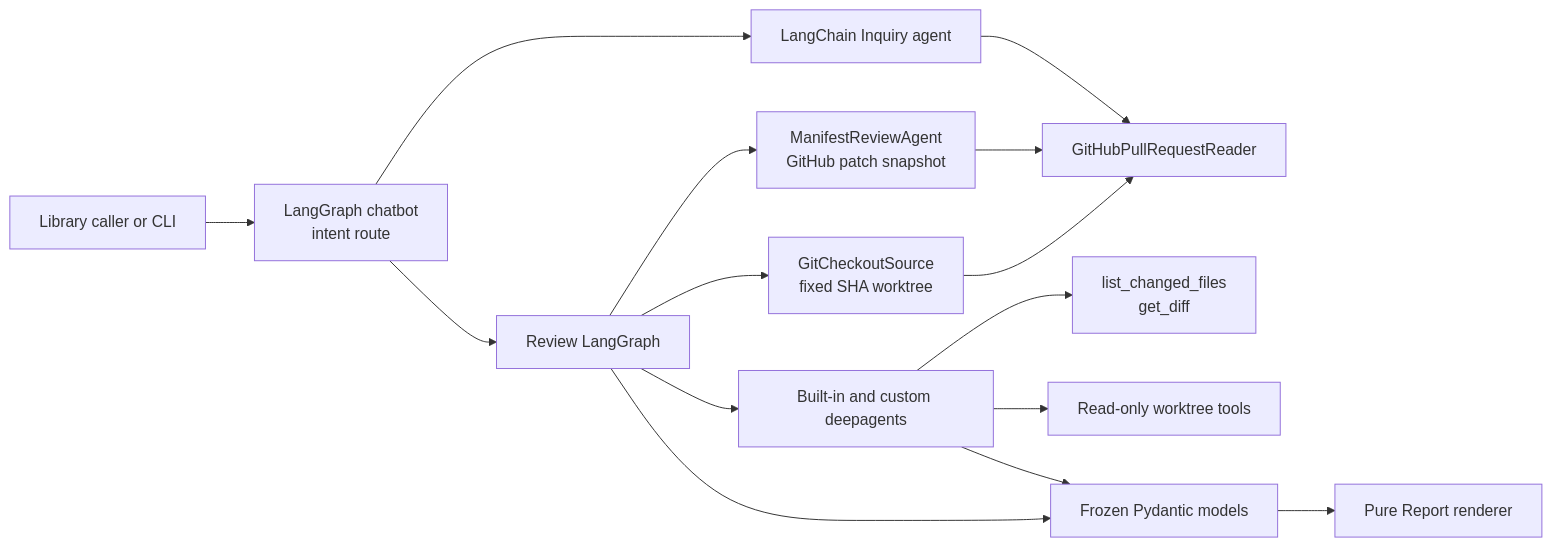
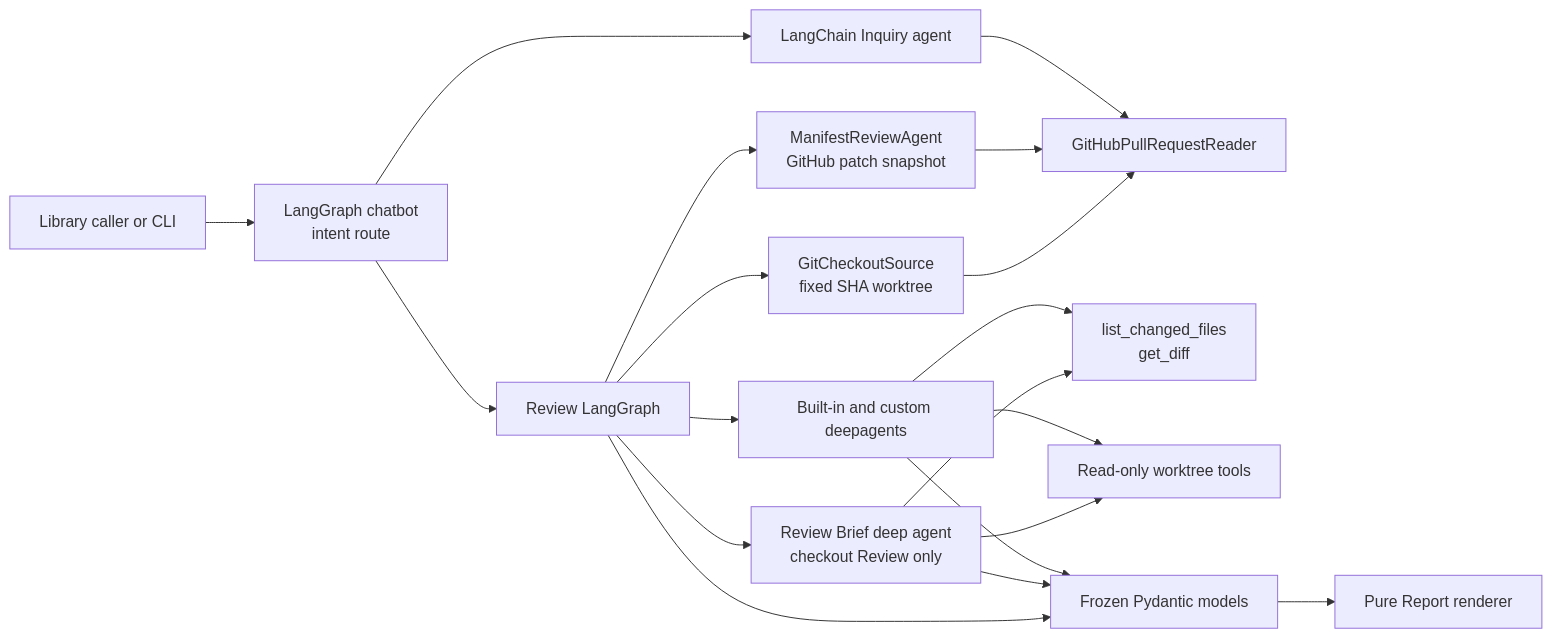
Before and after one commit to taipingeric/review_sheep: the first of 4 diagrams in ARCHITECTURE.md, drawn with Mermaid. The commit also changed other lines of this file and 2 other files, not shown here.

First line of the commit message:
docs: document the Review Brief

````diff
--- a/ARCHITECTURE.md
+++ b/ARCHITECTURE.md
@@ -18,30 +20,35 @@
 ```mermaid
 flowchart LR
     Caller[Library caller or CLI]
     Chat[LangGraph chatbot<br/>intent route]
     Inquiry[LangChain Inquiry agent]
     GitHub[GitHubPullRequestReader]
     Review[Review LangGraph]
     Manifest[ManifestReviewAgent<br/>GitHub patch snapshot]
     Checkout[GitCheckoutSource<br/>fixed SHA worktree]
     Lenses[Built-in and custom deepagents]
+    Brief[Review Brief deep agent<br/>checkout Review only]
     GitTools[list_changed_files<br/>get_diff]
     Files[Read-only worktree tools]
     Models[Frozen Pydantic models]
     Report[Pure Report renderer]
 
     Caller --> Chat
     Chat --> Inquiry
     Chat --> Review
     Inquiry --> GitHub
     Review --> Manifest
     Review --> Checkout
     Manifest --> GitHub
     Checkout --> GitHub
     Review --> Lenses
+    Review --> Brief
     Lenses --> GitTools
     Lenses --> Files
     Lenses --> Models
+    Brief --> GitTools
+    Brief --> Files
+    Brief --> Models
     Review --> Models
     Models --> Report
 ```
````
